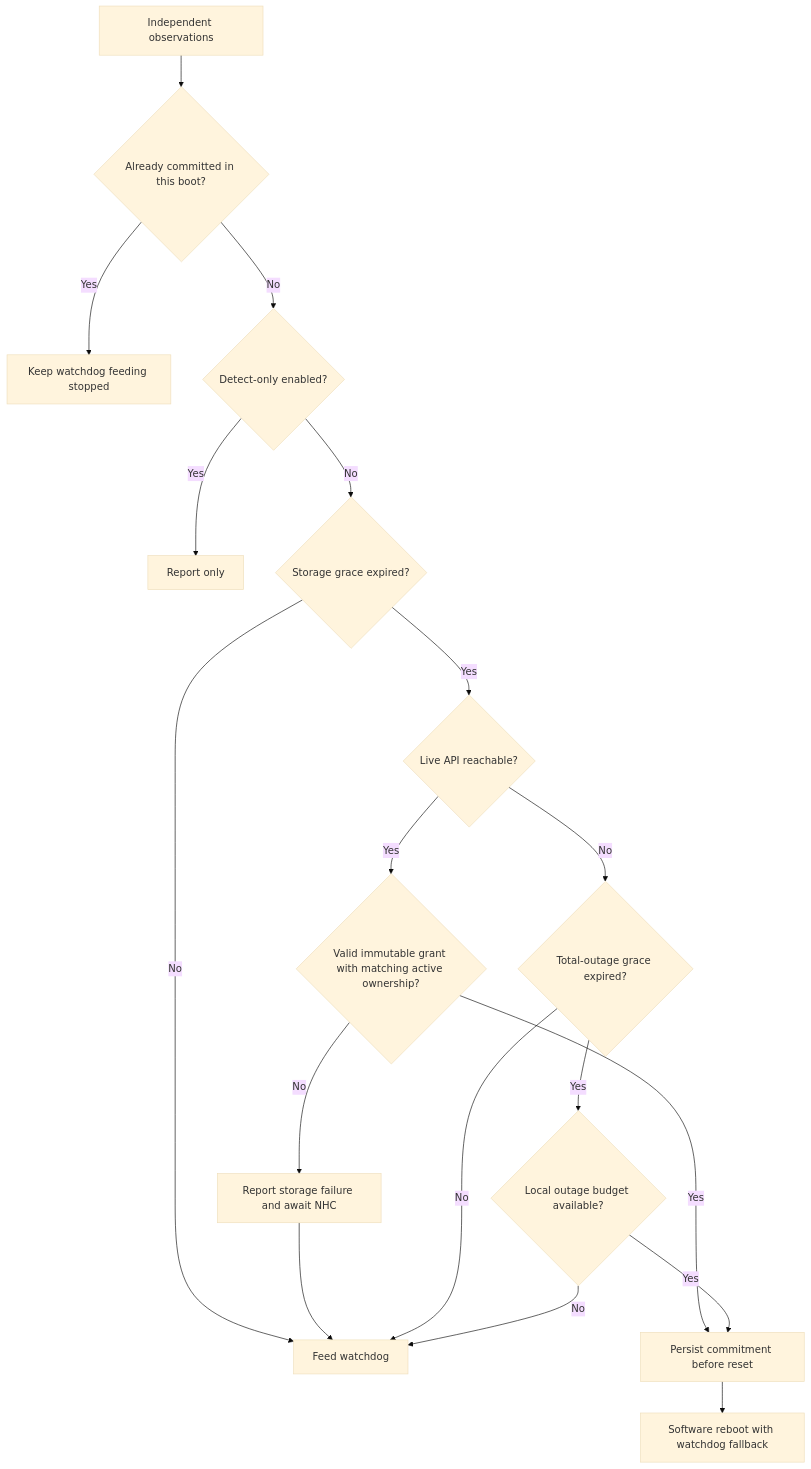
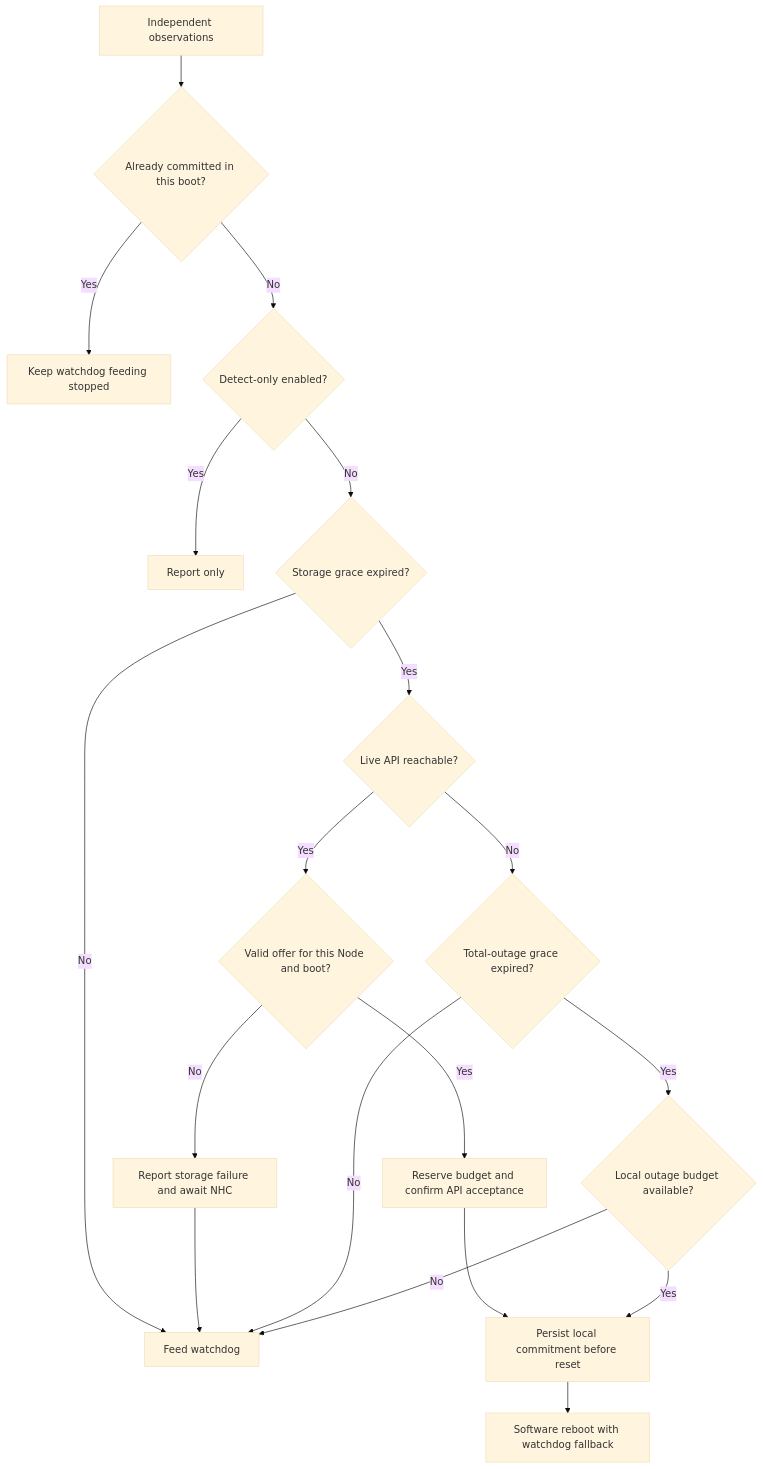
The second of 3 diagrams in docs/design/storage-arbitrated-remediation.md (medik8s/storage-based-remediation), drawn with Mermaid (base theme) before and after one commit. The commit also changed other lines of this file, not shown here.

````diff
--- a/docs/design/storage-arbitrated-remediation.md
+++ b/docs/design/storage-arbitrated-remediation.md
@@ -358,20 +473,21 @@
 ```mermaid
 flowchart TD
   Tick["Independent observations"] --> Committed{"Already committed in this boot?"}
   Committed -->|Yes| Finish["Keep watchdog feeding stopped"]
   Committed -->|No| Detect{"Detect-only enabled?"}
   Detect -->|Yes| Observe["Report only"]
   Detect -->|No| Storage{"Storage grace expired?"}
   Storage -->|No| Feed["Feed watchdog"]
   Storage -->|Yes| API{"Live API reachable?"}
-  API -->|Yes| Request{"Valid immutable grant with matching active ownership?"}
-  Request -->|Yes| Commit["Persist commitment before reset"]
+  API -->|Yes| Request{"Valid offer for this Node and boot?"}
+  Request -->|Yes| Accept["Reserve budget and confirm API acceptance"]
+  Accept --> Commit["Persist local commitment before reset"]
   Request -->|No| Wait["Report storage failure and await NHC"]
   Wait --> Feed
   API -->|No| Grace{"Total-outage grace expired?"}
   Grace -->|No| Feed
   Grace -->|Yes| Budget{"Local outage budget available?"}
   Budget -->|No| Feed
   Budget -->|Yes| Commit
   Commit --> Reset["Software reboot with watchdog fallback"]
 ```
````
